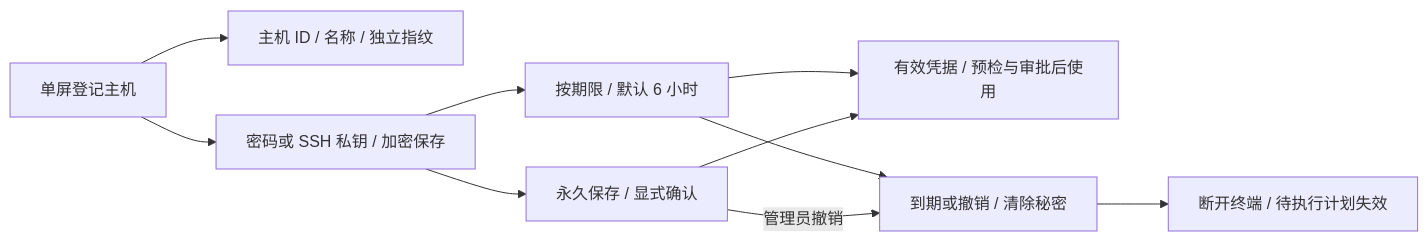
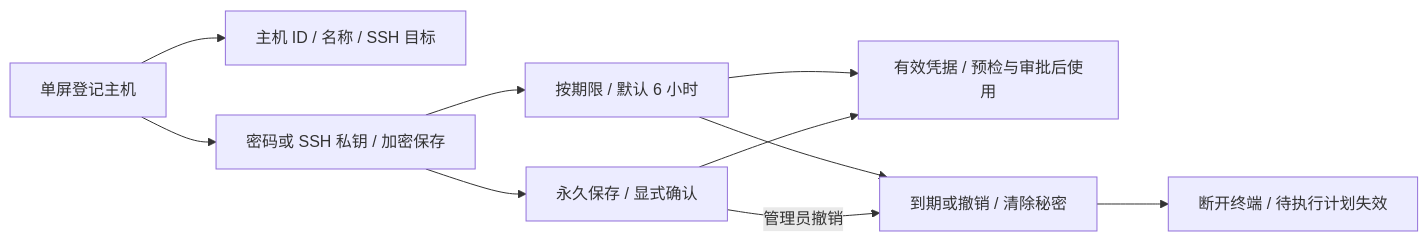
The ninth of 12 diagrams in docs/system-design.md (workhold/lightmoni), drawn with Mermaid before and after one commit. The commit also changed other lines of this file and 43 other files, not shown here.

````diff
--- a/docs/system-design.md
+++ b/docs/system-design.md
@@ -614,12 +614,12 @@
 ```mermaid
 flowchart LR
-  FORM[单屏登记主机] --> META[主机 ID / 名称 / 独立指纹]
+  FORM[单屏登记主机] --> META[主机 ID / 名称 / SSH 目标]
   FORM --> SECRET[密码或 SSH 私钥 / 加密保存]
   SECRET --> TTL[按期限 / 默认 6 小时]
   SECRET --> PERMANENT[永久保存 / 显式确认]
   TTL --> USE[有效凭据 / 预检与审批后使用]
   PERMANENT --> USE
   TTL --> CLEAR[到期或撤销 / 清除秘密]
   PERMANENT -->|管理员撤销| CLEAR
   CLEAR --> STOP[断开终端 / 待执行计划失效]
 ```
````
